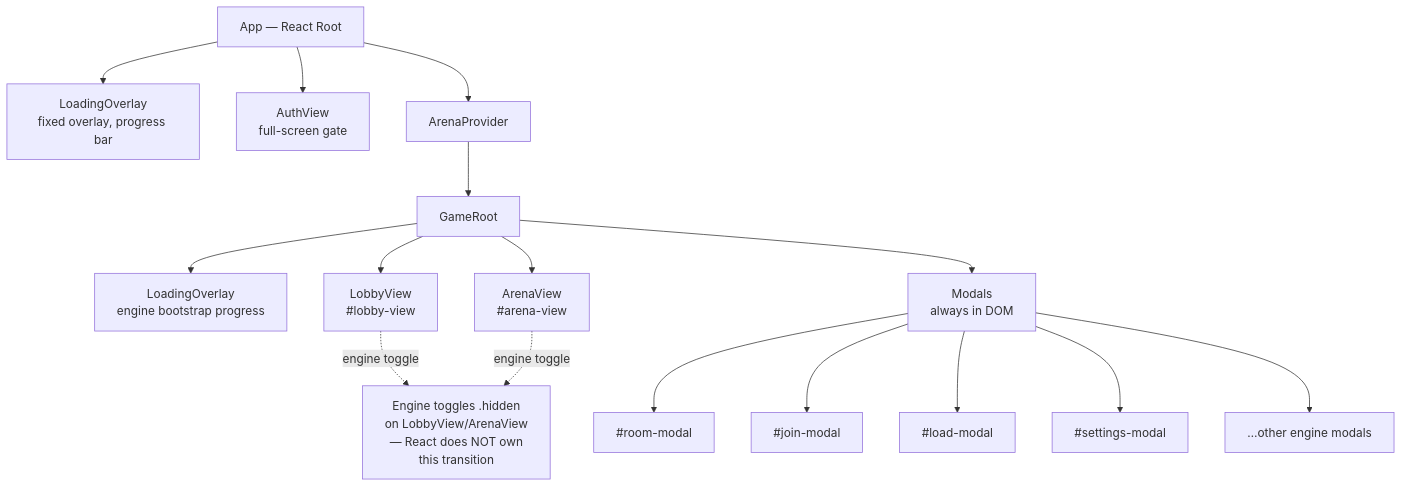
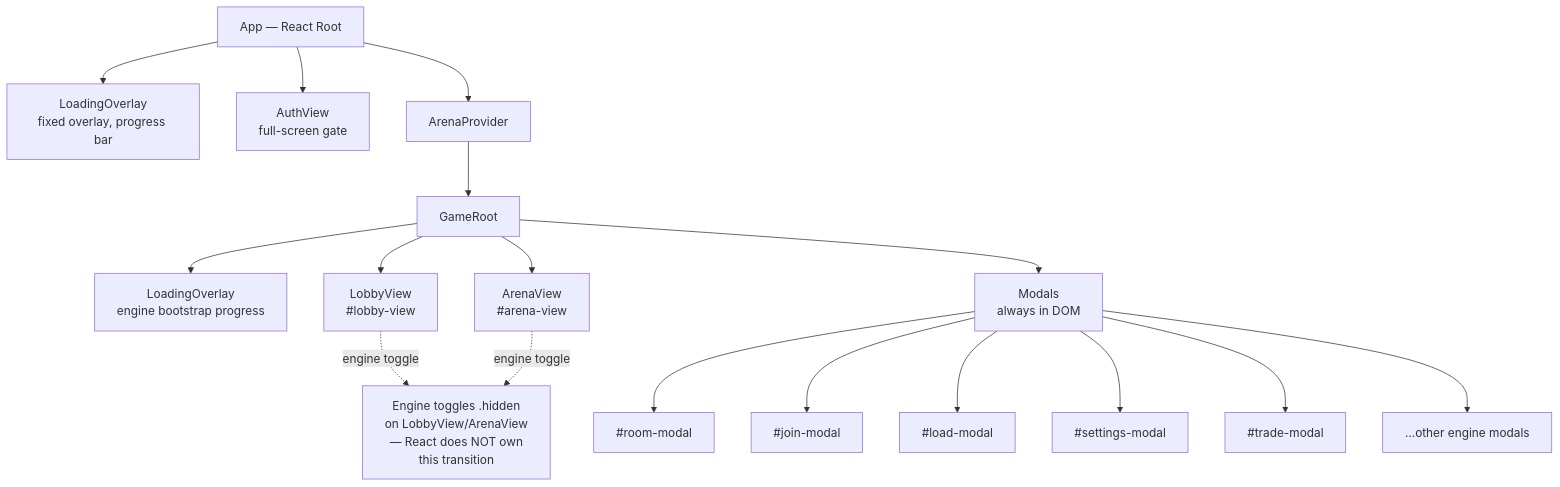
Before and after one commit to Sapeksh2001/Pokemon-Battle-Arena: the sixth of 9 diagrams in docs/APP_FLOW.md, drawn with Mermaid. The commit also changed 3 other files, not shown here.

Commit message:
docs: update PRD, App Flow, and README with trade and reshuffle features

````diff
--- a/docs/APP_FLOW.md
+++ b/docs/APP_FLOW.md
@@ -180,21 +180,22 @@
 ```mermaid
 flowchart TD
     AppRoot["App — React Root"]
     AppRoot --> LO1["LoadingOverlay\nfixed overlay, progress bar"]
     AppRoot --> AV["AuthView\nfull-screen gate"]
     AppRoot --> AP["ArenaProvider"]
     AP --> GR["GameRoot"]
     GR --> LO2["LoadingOverlay\nengine bootstrap progress"]
     GR --> LV["LobbyView\n#lobby-view"]
     GR --> ARV["ArenaView\n#arena-view"]
     GR --> MOD["Modals\nalways in DOM"]
     MOD --> M1["#room-modal"]
     MOD --> M2["#join-modal"]
     MOD --> M3["#load-modal"]
     MOD --> M4["#settings-modal"]
-    MOD --> M5["…other engine modals"]
+    MOD --> M5["#trade-modal"]
+    MOD --> M6["…other engine modals"]
 
     note1["Engine toggles .hidden\non LobbyView/ArenaView\n— React does NOT own\nthis transition"]
     LV -. engine toggle .-> note1
     ARV -. engine toggle .-> note1
 ```
````
